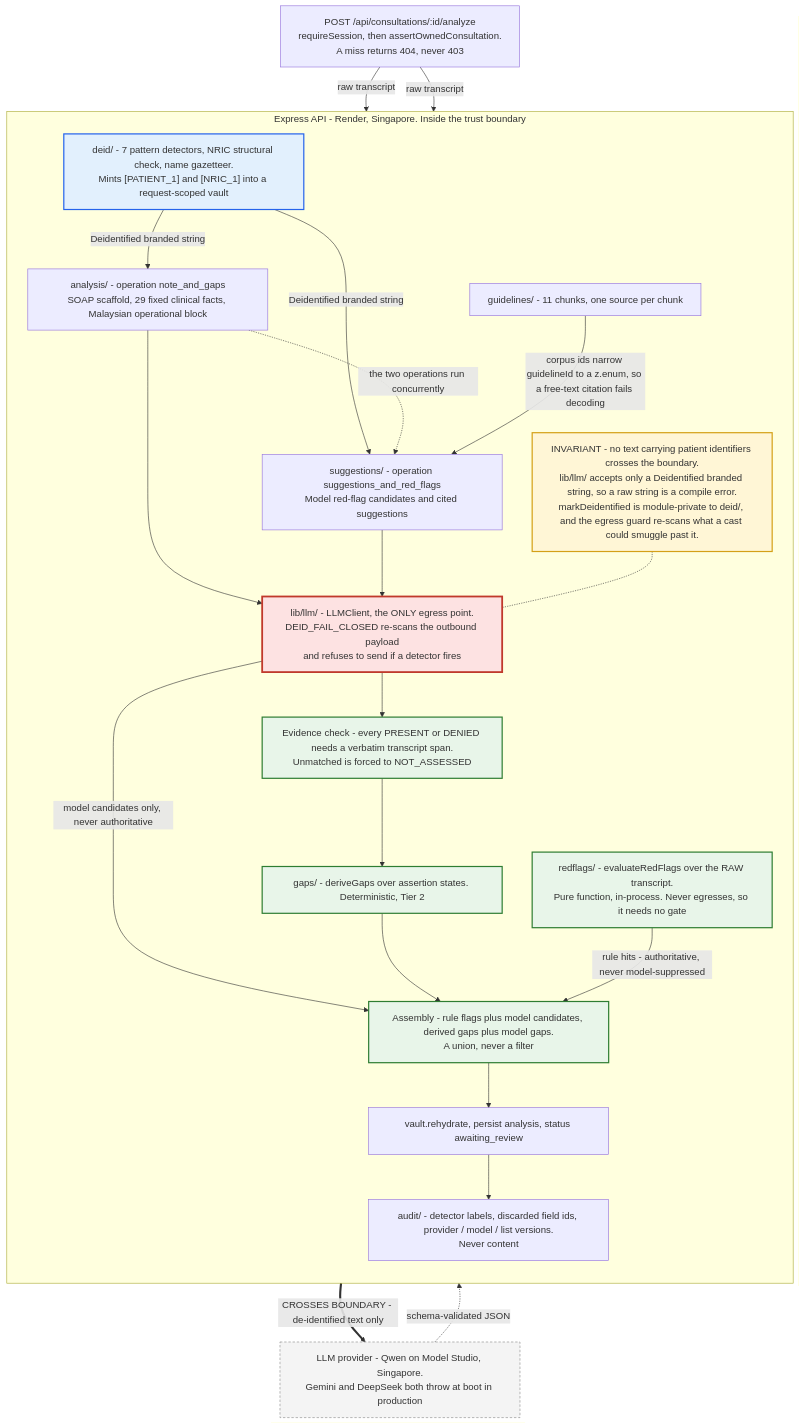
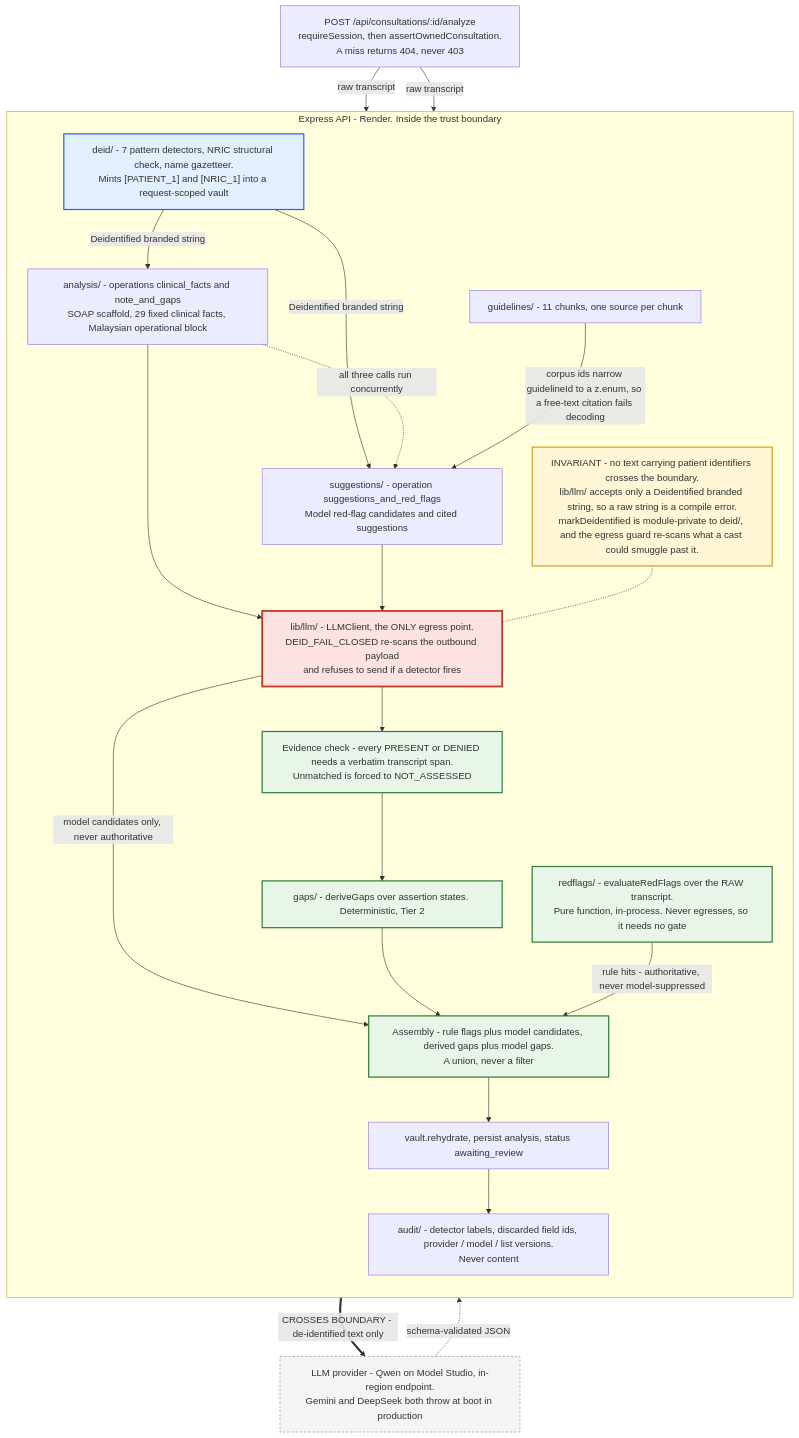
One commit to AlaskanTuna/catatmd changed the diagram in docs/assets/module-detail.mmd. Above: the diagram before and after it, drawn with Mermaid. The commit also changed 10 other files, not shown here.

First line of the commit message:
docs: reconcile the diagrams, README, and TRD status tags with what ships

```diff
--- a/docs/assets/module-detail.mmd
+++ b/docs/assets/module-detail.mmd
@@ -1,52 +1,52 @@
 %%{init: {'flowchart': {'wrappingWidth': 340}}}%%
 graph TD
   REQ["POST /api/consultations/:id/analyze<br/>requireSession, then assertOwnedConsultation.<br/>A miss returns 404, never 403"]
 
-  subgraph API["Express API - Render, Singapore. Inside the trust boundary"]
+  subgraph API["Express API - Render. Inside the trust boundary"]
     direction TB
     DEID["deid/ - 7 pattern detectors, NRIC structural check, name gazetteer.<br/>Mints [PATIENT_1] and [NRIC_1] into a request-scoped vault"]
     RF["redflags/ - evaluateRedFlags over the RAW transcript.<br/>Pure function, in-process. Never egresses, so it needs no gate"]
-    NOTE["analysis/ - operation note_and_gaps<br/>SOAP scaffold, 29 fixed clinical facts, Malaysian operational block"]
+    NOTE["analysis/ - operations clinical_facts and note_and_gaps<br/>SOAP scaffold, 29 fixed clinical facts, Malaysian operational block"]
     SUGG["suggestions/ - operation suggestions_and_red_flags<br/>Model red-flag candidates and cited suggestions"]
     GL["guidelines/ - 11 chunks, one source per chunk"]
     LLMC["lib/llm/ - LLMClient, the ONLY egress point.<br/>DEID_FAIL_CLOSED re-scans the outbound payload<br/>and refuses to send if a detector fires"]
     INV["INVARIANT - no text carrying patient identifiers crosses the boundary.<br/>lib/llm/ accepts only a Deidentified branded string, so a raw string is a compile error.<br/>markDeidentified is module-private to deid/, and the egress guard re-scans what a cast could smuggle past it."]
     EV["Evidence check - every PRESENT or DENIED needs a verbatim transcript span.<br/>Unmatched is forced to NOT_ASSESSED"]
     GAPS["gaps/ - deriveGaps over assertion states. Deterministic, Tier 2"]
     MERGE["Assembly - rule flags plus model candidates, derived gaps plus model gaps.<br/>A union, never a filter"]
     PERSIST["vault.rehydrate, persist analysis, status awaiting_review"]
     AUDIT["audit/ - detector labels, discarded field ids, provider / model / list versions.<br/>Never content"]
   end
 
-  PROV["LLM provider - Qwen on Model Studio, Singapore.<br/>Gemini and DeepSeek both throw at boot in production"]
+  PROV["LLM provider - Qwen on Model Studio, in-region endpoint.<br/>Gemini and DeepSeek both throw at boot in production"]
 
   REQ -->|"raw transcript"| DEID
   REQ -->|"raw transcript"| RF
   DEID -->|"Deidentified branded string"| NOTE
   DEID -->|"Deidentified branded string"| SUGG
-  NOTE -.->|"the two operations run concurrently"| SUGG
+  NOTE -.->|"all three calls run concurrently"| SUGG
   GL -->|"corpus ids narrow guidelineId to a z.enum, so a free-text citation fails decoding"| SUGG
   NOTE --> LLMC
   SUGG --> LLMC
   LLMC ==>|"CROSSES BOUNDARY - de-identified text only"| PROV
   PROV -.->|"schema-validated JSON"| LLMC
   LLMC --> EV
   LLMC -->|"model candidates only, never authoritative"| MERGE
   EV --> GAPS
   GAPS --> MERGE
   RF -->|"rule hits - authoritative, never model-suppressed"| MERGE
   MERGE --> PERSIST
   PERSIST --> AUDIT
   INV -.- LLMC
 
   classDef egress fill:#fde2e2,stroke:#c0392b,stroke-width:3px
   classDef outside fill:#f4f4f4,stroke:#888888,stroke-dasharray:4 3
   classDef note fill:#fff6d6,stroke:#d4a017,stroke-width:2px
   classDef gate fill:#e2f0fd,stroke:#2563eb,stroke-width:2px
   classDef safety fill:#e8f5e9,stroke:#2e7d32,stroke-width:2px
 
   class LLMC egress
   class PROV outside
   class INV note
   class DEID gate
   class RF,GAPS,MERGE,EV safety
```
